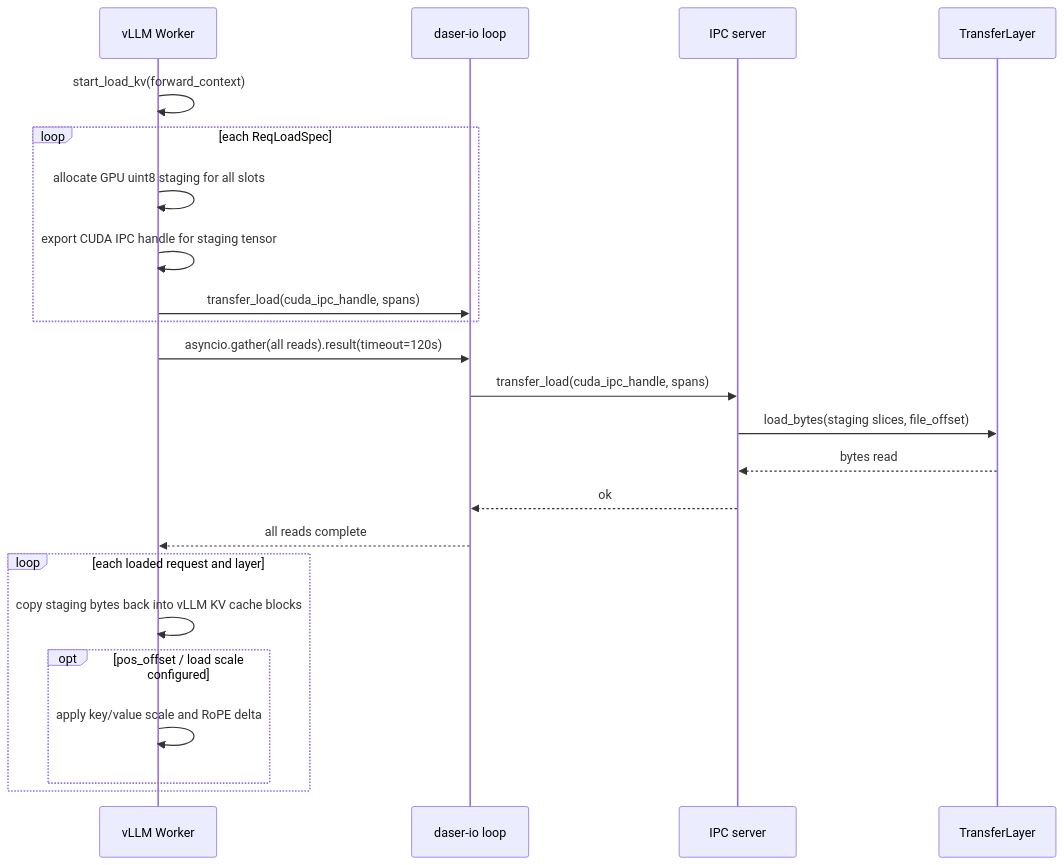
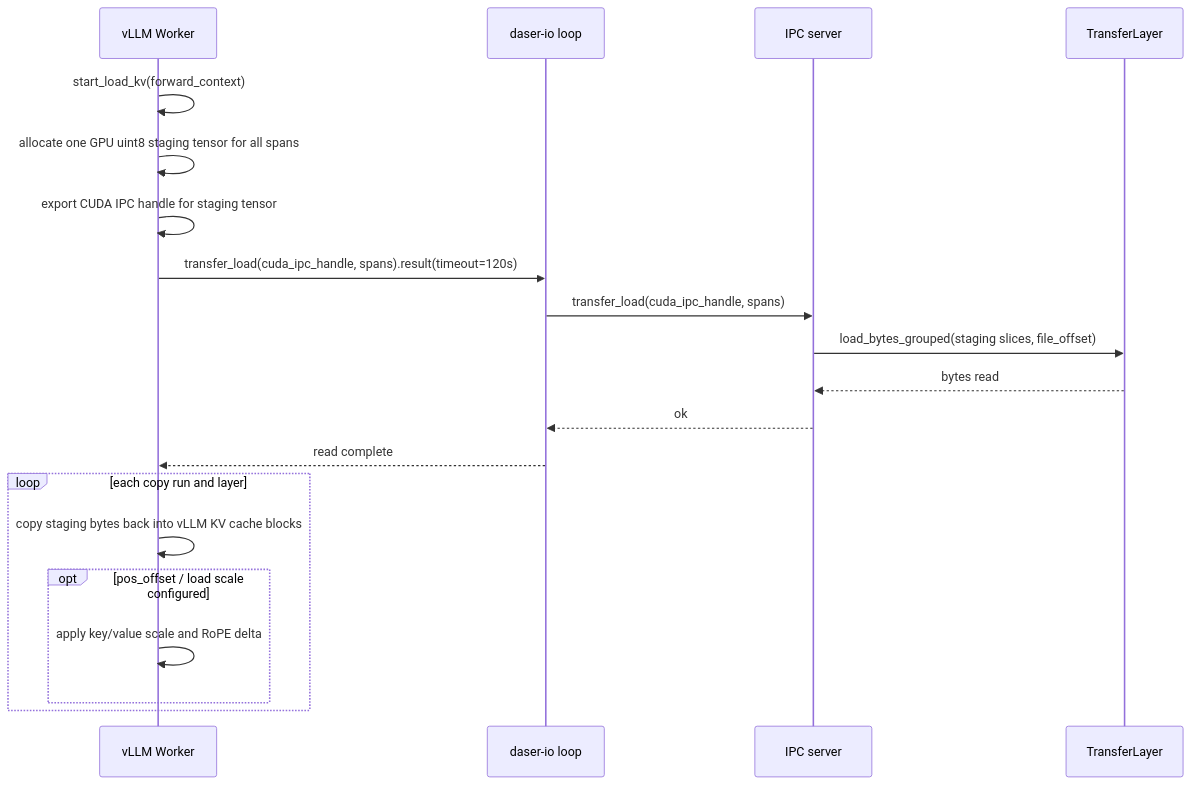
The seventh of 8 diagrams in docs/design/flows.md (GentleCold/DaseR), drawn with Mermaid before and after one commit. The commit also changed other lines of this file and 3 other files, not shown here.

````diff
--- a/docs/design/flows.md
+++ b/docs/design/flows.md
@@ -176,26 +181,23 @@
 ```mermaid
 sequenceDiagram
     participant W as vLLM Worker
     participant BG as daser-io loop
     participant IPC as IPC server
     participant TL as TransferLayer
 
     W->>W: start_load_kv(forward_context)
-    loop each ReqLoadSpec
-        W->>W: allocate GPU uint8 staging for all slots
-        W->>W: export CUDA IPC handle for staging tensor
-        W->>BG: transfer_load(cuda_ipc_handle, spans)
-    end
-    W->>BG: asyncio.gather(all reads).result(timeout=120s)
+    W->>W: allocate one GPU uint8 staging tensor for all spans
+    W->>W: export CUDA IPC handle for staging tensor
+    W->>BG: transfer_load(cuda_ipc_handle, spans).result(timeout=120s)
     BG->>IPC: transfer_load(cuda_ipc_handle, spans)
-    IPC->>TL: load_bytes(staging slices, file_offset)
+    IPC->>TL: load_bytes_grouped(staging slices, file_offset)
     TL-->>IPC: bytes read
     IPC-->>BG: ok
-    BG-->>W: all reads complete
-    loop each loaded request and layer
+    BG-->>W: read complete
+    loop each copy run and layer
         W->>W: copy staging bytes back into vLLM KV cache blocks
         opt pos_offset / load scale configured
             W->>W: apply key/value scale and RoPE delta
         end
     end
 ```
````
